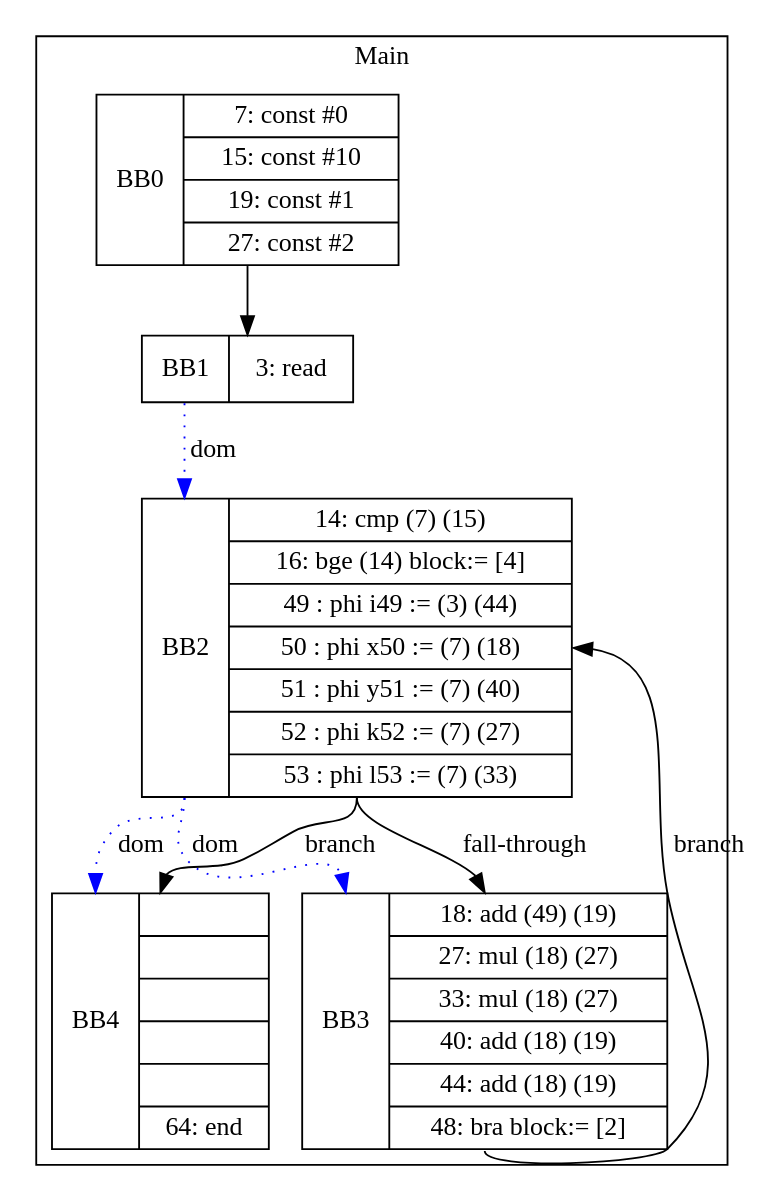
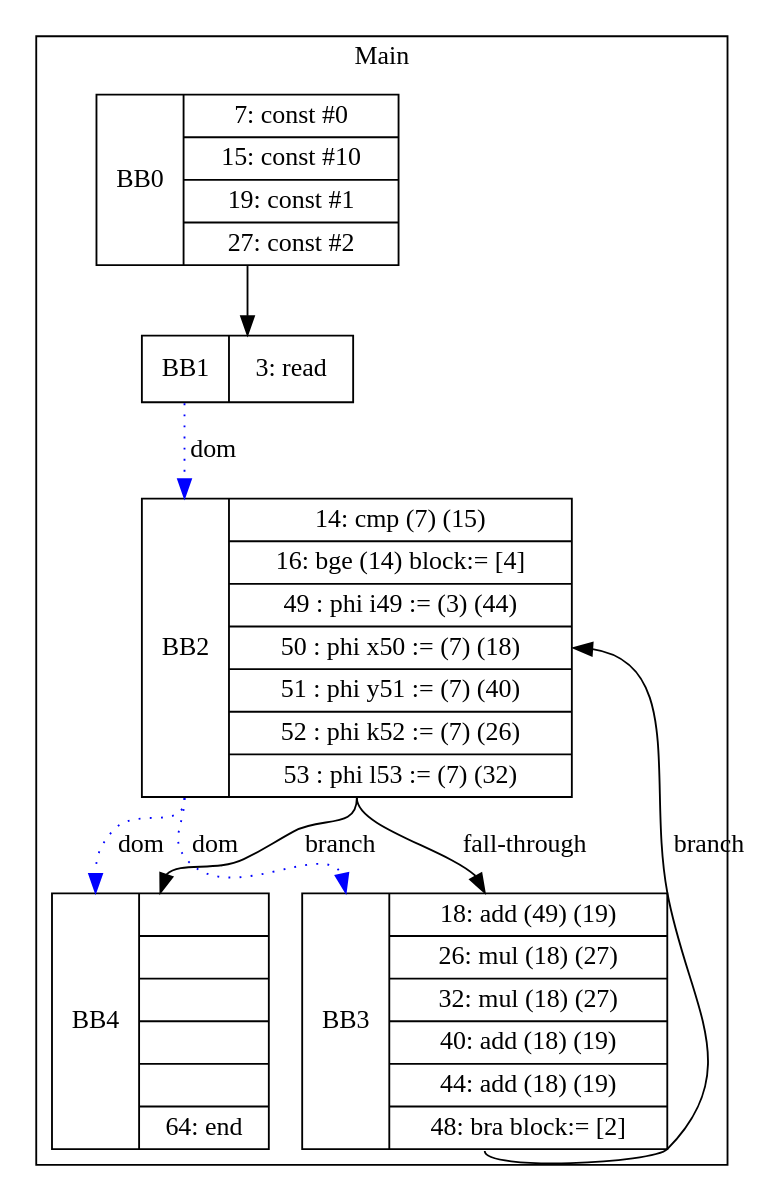
One commit to zjc664656505/UCI-CS241-Advanced-Compiler-main changed the diagram in visualization/Kyungmin/While_Single_2.gv. Above: the diagram before and after it, drawn with Graphviz. The commit also changed 13 other files, not shown here.

```diff
--- a/visualization/Kyungmin/While_Single_2.gv
+++ b/visualization/Kyungmin/While_Single_2.gv
@@ -1,18 +1,18 @@
 digraph G {
 node [shape=record];
 subgraph cluster_main{
 label = "Main";
 BB0 [shape=record, label="<b>BB0|{7: const #0|15: const #10|19: const #1|27: const #2}"];
 BB1 [shape=record, label="<b>BB1|{3: read}"];
-BB2 [shape=record, label="<b>BB2|{14: cmp (7) (15)|16: bge (14) block:= [4]|49 : phi i49 := (3) (44)|50 : phi x50 := (7) (18)|51 : phi y51 := (7) (40)|52 : phi k52 := (7) (27)|53 : phi l53 := (7) (33)}"];
-BB3 [shape=record, label="<b>BB3|{18: add (49) (19)|27: mul (18) (27)|33: mul (18) (27)|40: add (18) (19)|44: add (18) (19)|48: bra block:= [2]}"];
+BB2 [shape=record, label="<b>BB2|{14: cmp (7) (15)|16: bge (14) block:= [4]|49 : phi i49 := (3) (44)|50 : phi x50 := (7) (18)|51 : phi y51 := (7) (40)|52 : phi k52 := (7) (26)|53 : phi l53 := (7) (32)}"];
+BB3 [shape=record, label="<b>BB3|{18: add (49) (19)|26: mul (18) (27)|32: mul (18) (27)|40: add (18) (19)|44: add (18) (19)|48: bra block:= [2]}"];
 BB4 [shape=record, label="<b>BB4|{|||||64: end}"];
 }
 BB0:s -> BB1:n ;
 BB2:b -> BB3:b [color=blue, style=dotted, label="dom"];
 BB2:b -> BB4:b [color=blue, style=dotted, label="dom"];
 BB1:b -> BB2:b [color=blue, style=dotted, label="dom"];
 BB2:s -> BB4:n [label="branch"];
 BB3:s -> BB2:e [label="branch"];
 BB2:s -> BB3:n [label="fall-through"];
 }
```
